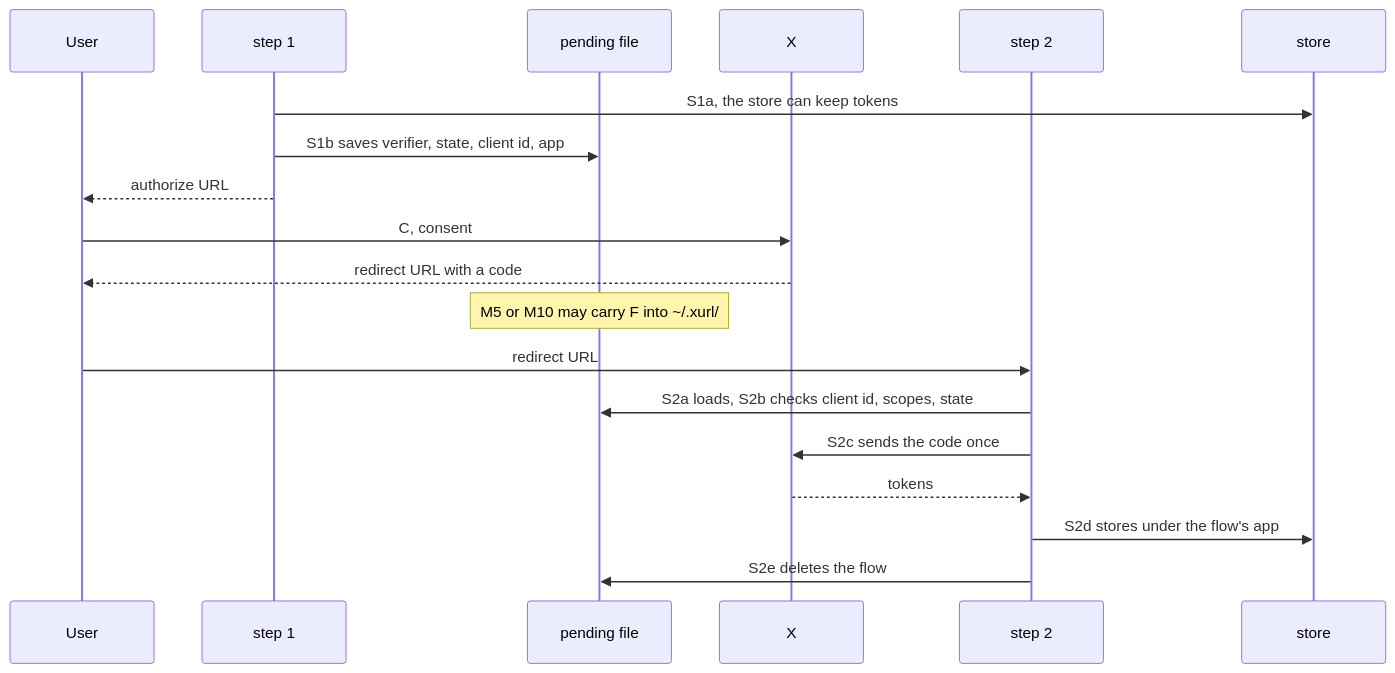
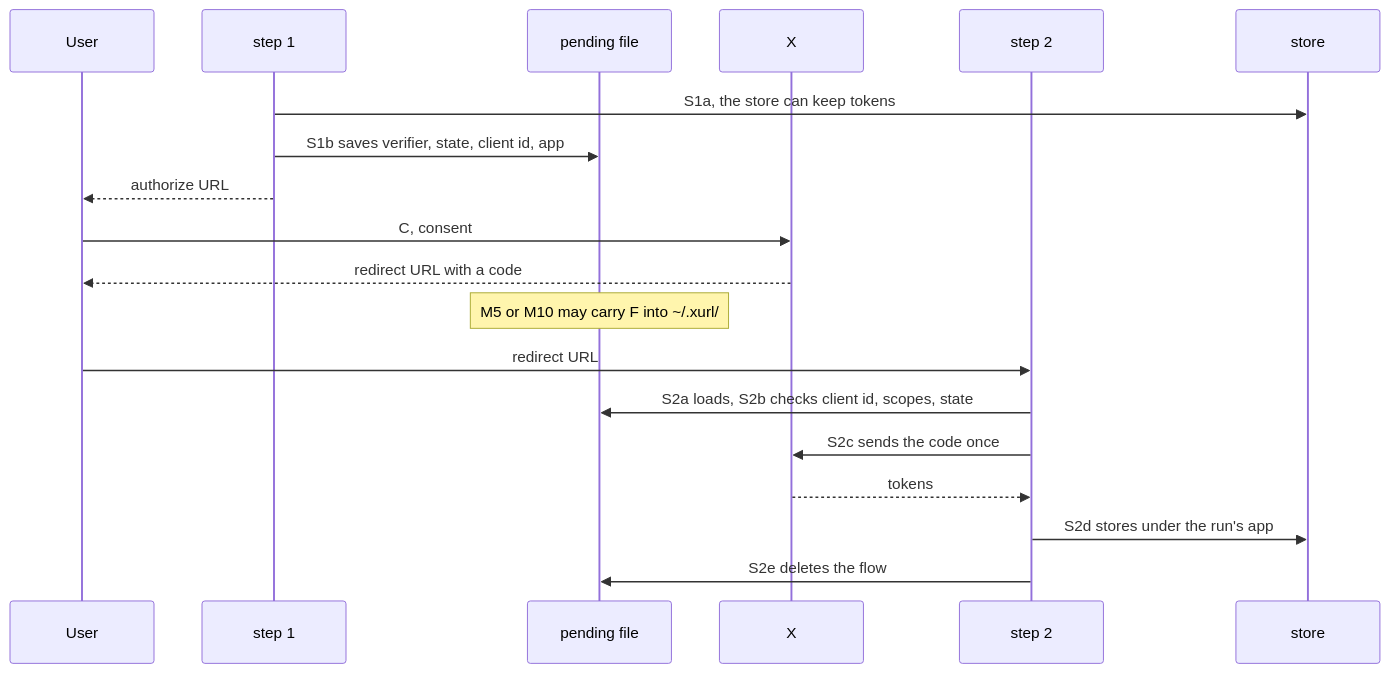
One commit to brettdavies/xurl-rs changed the fourth of 4 diagrams in docs/plans/2026-11-27-0031-test-formal-verification-plan.md. Above: the diagram before and after it, drawn with Mermaid. The commit also changed other lines of this file, not shown here.

````diff
--- a/docs/plans/2026-11-27-0031-test-formal-verification-plan.md
+++ b/docs/plans/2026-11-27-0031-test-formal-verification-plan.md
@@ -319,21 +323,21 @@
 ```mermaid
 sequenceDiagram
   participant U as User
   participant S1 as step 1
   participant F as pending file
   participant X
   participant S2 as step 2
   participant St as store
   S1->>St: S1a, the store can keep tokens
   S1->>F: S1b saves verifier, state, client id, app
   S1-->>U: authorize URL
   U->>X: C, consent
   X-->>U: redirect URL with a code
   Note over F: M5 or M10 may carry F into ~/.xurl/
   U->>S2: redirect URL
   S2->>F: S2a loads, S2b checks client id, scopes, state
   S2->>X: S2c sends the code once
   X-->>S2: tokens
-  S2->>St: S2d stores under the flow's app
+  S2->>St: S2d stores under the run's app
   S2->>F: S2e deletes the flow
 ```
````
